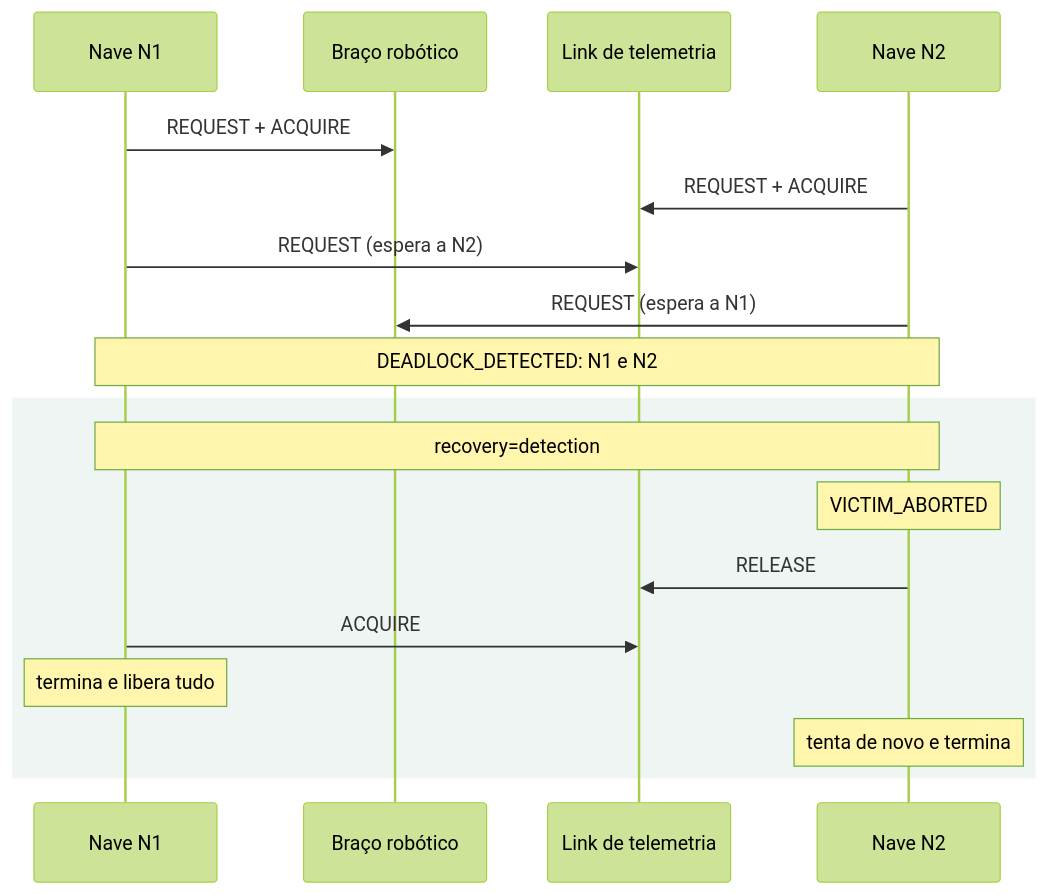
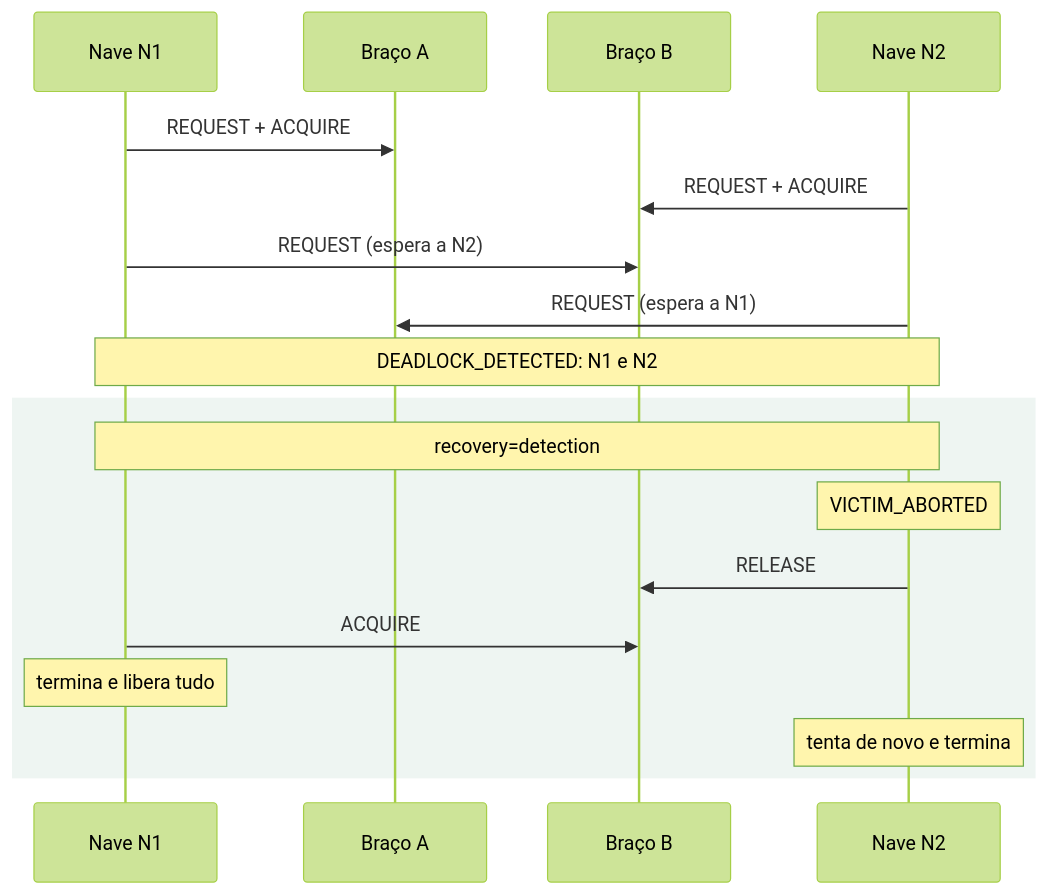
The second of 2 diagrams in docs/frontend/README.md (Felipe-Tagawa/Promethean), drawn with Mermaid (forest theme) before and after one commit. The commit also changed other lines of this file and 6 other files, not shown here.

````diff
--- a/docs/frontend/README.md
+++ b/docs/frontend/README.md
@@ -219,22 +223,22 @@
 ```mermaid
 sequenceDiagram
     participant N1 as Nave N1
-    participant B as Braço robótico
-    participant L as Link de telemetria
+    participant B as Braço A
+    participant L as Braço B
     participant N2 as Nave N2
 
     N1->>B: REQUEST + ACQUIRE
     N2->>L: REQUEST + ACQUIRE
     N1->>L: REQUEST (espera a N2)
     N2->>B: REQUEST (espera a N1)
     Note over N1,N2: DEADLOCK_DETECTED: N1 e N2
 
     rect rgba(47, 130, 90, 0.08)
     Note over N1,N2: recovery=detection
     Note over N2: VICTIM_ABORTED
     N2->>L: RELEASE
     N1->>L: ACQUIRE
     Note over N1: termina e libera tudo
     Note over N2: tenta de novo e termina
     end
 ```
````
